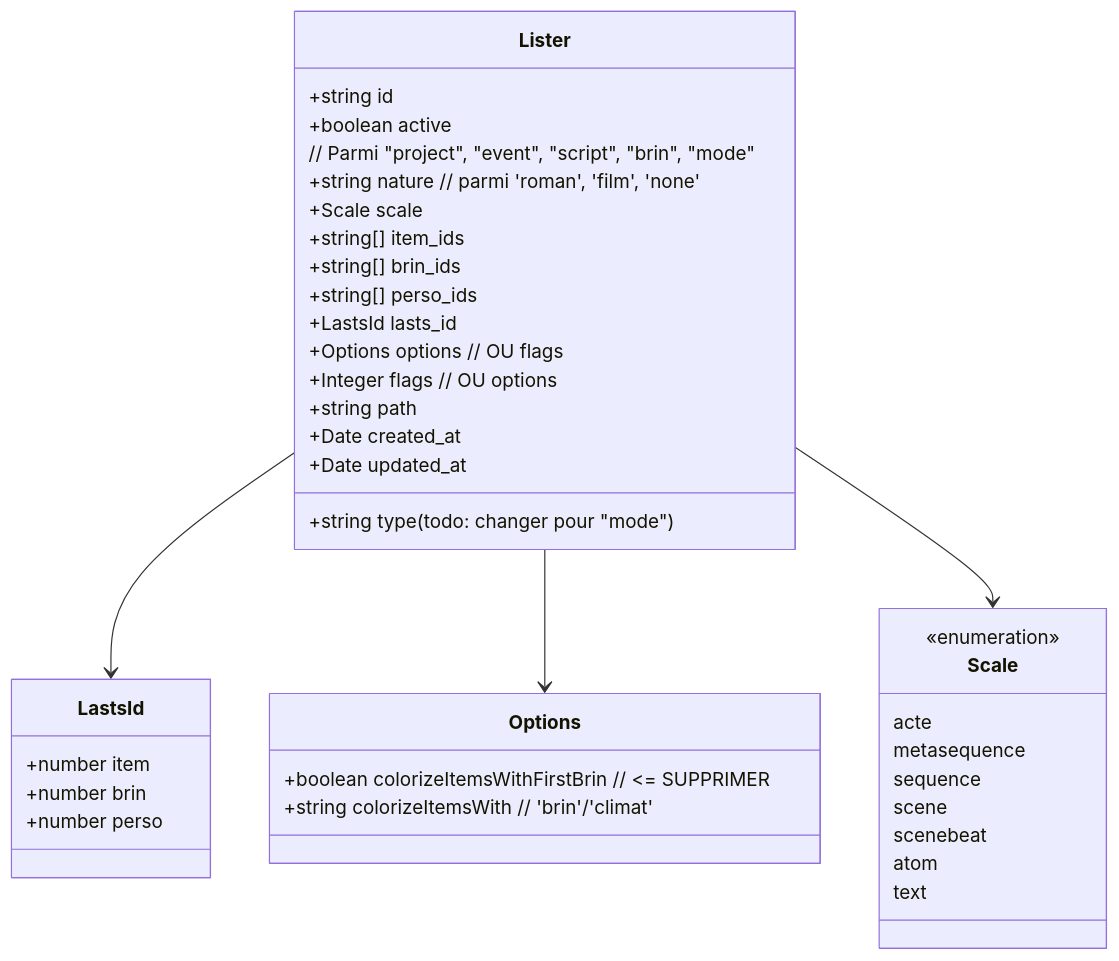
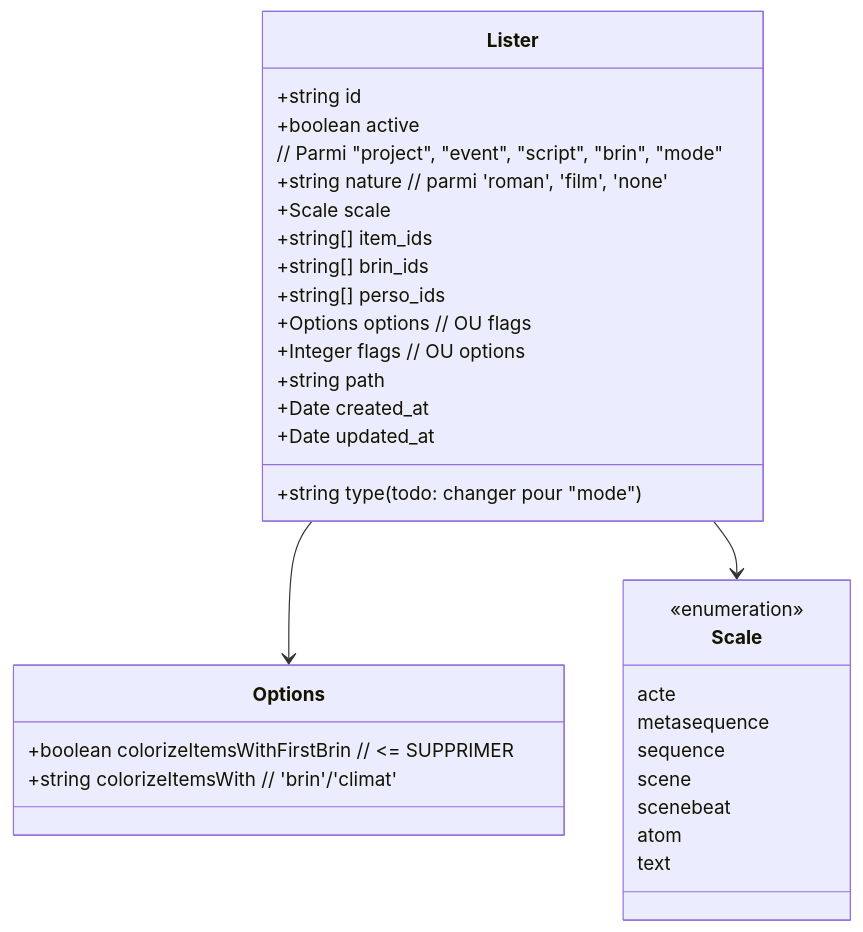
The first of 3 diagrams in dev/Specs-modeles.md (PhilippePerret/Eventer3), drawn with Mermaid before and after one commit. The commit also changed other lines of this file and 33 other files, not shown here.

```diff
--- a/dev/Specs-modeles.md
+++ b/dev/Specs-modeles.md
@@ -79,46 +79,38 @@
 ~~~mermaid
 classDiagram
 	class Lister {
 		+string id
 		+boolean active
 		+string type (todo: changer pour "mode")
 		// Parmi "project", "event", "script", "brin", "mode"
 		+string nature // parmi 'roman', 'film', 'none'
 		+Scale scale
 		+string[] item_ids
 		+string[] brin_ids
 		+string[] perso_ids
-		+LastsId   lasts_id
 		+Options options // OU flags
 		+Integer flags // OU options
 		+string path
 		+Date created_at
 		+Date updated_at
-	}
-	
-	class LastsId {
-		+number item
-		+number brin
-		+number perso
 	}
 	
 	class Options {
 		+boolean colorizeItemsWithFirstBrin // <= SUPPRIMER
 		+string colorizeItemsWith // 'brin'/'climat'
 	}
 	
 	class Scale {
 		<<enumeration>>
 		acte
 		metasequence
 		sequence
 		scene
 		scenebeat
 		atom
 		text
 	}
 	
-	Lister --> LastsId
 	Lister --> Options
 	Lister --> Scale
 ~~~
```
